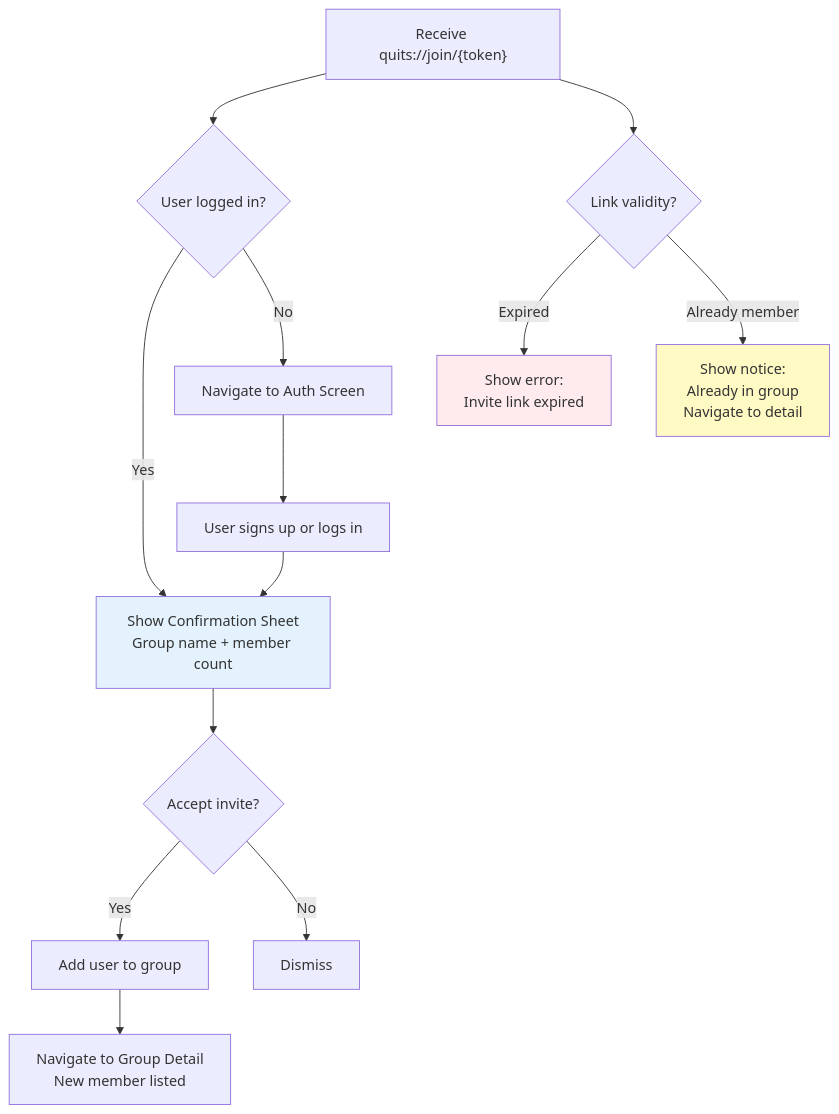
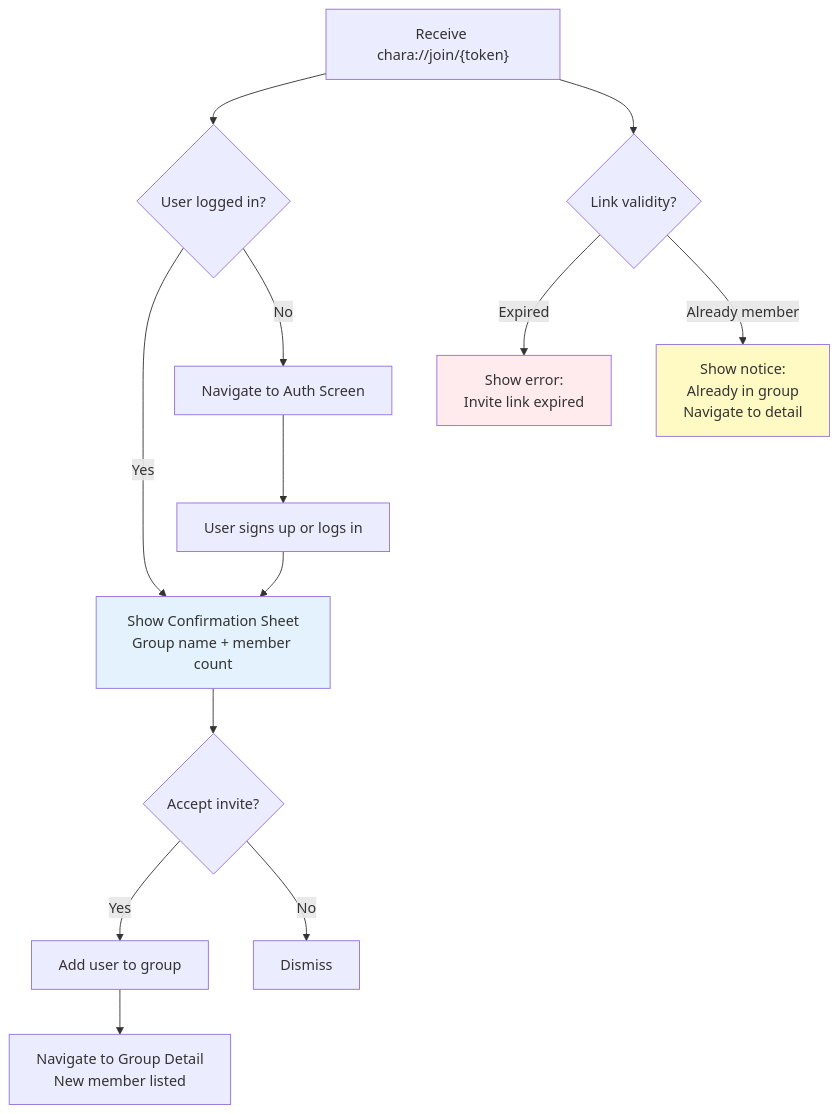
The sixth of 11 diagrams in docs/ux/04-groups.md (DowLucas/chara), drawn with Mermaid before and after one commit. The commit also changed other lines of this file and 207 other files, not shown here.

````diff
--- a/docs/ux/04-groups.md
+++ b/docs/ux/04-groups.md
@@ -92,21 +92,21 @@
 ```mermaid
 flowchart TD
-    A["Receive quits://join/{token}"]
+    A["Receive chara://join/{token}"]
     A --> B{"User logged in?"}
     B -->|Yes| C["Show Confirmation Sheet<br/>Group name + member count"]
     B -->|No| D["Navigate to Auth Screen"]
     D --> E["User signs up or logs in"]
     E --> C
     C --> F{"Accept invite?"}
     F -->|Yes| G["Add user to group"]
     F -->|No| H["Dismiss"]
     G --> I["Navigate to Group Detail<br/>New member listed"]
     
     A --> J{"Link validity?"}
     J -->|Expired| K["Show error:<br/>Invite link expired"]
     J -->|Already member| L["Show notice:<br/>Already in group<br/>Navigate to detail"]
     
     style C fill:#e3f2fd
     style K fill:#ffebee
     style L fill:#fff9c4
 ```
````
